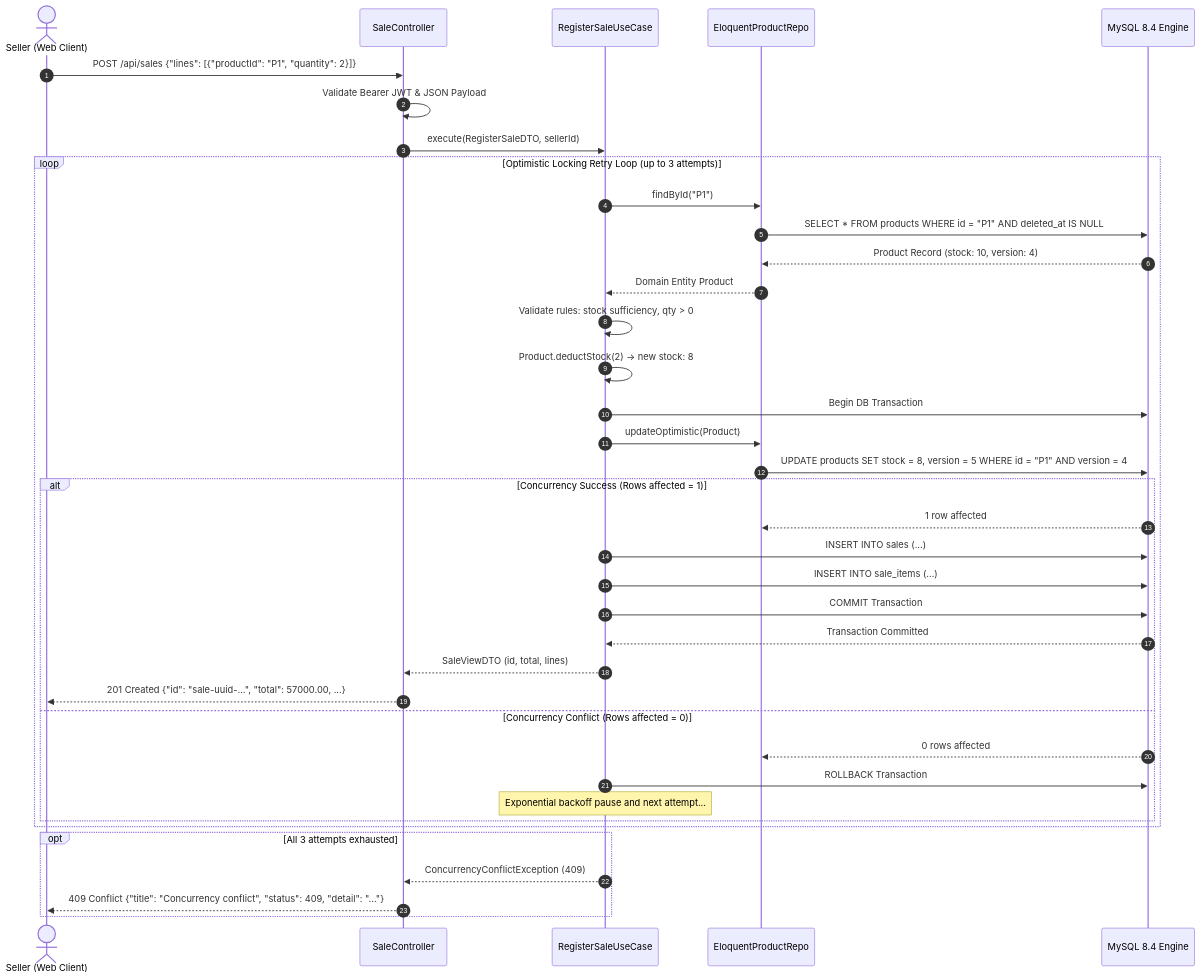
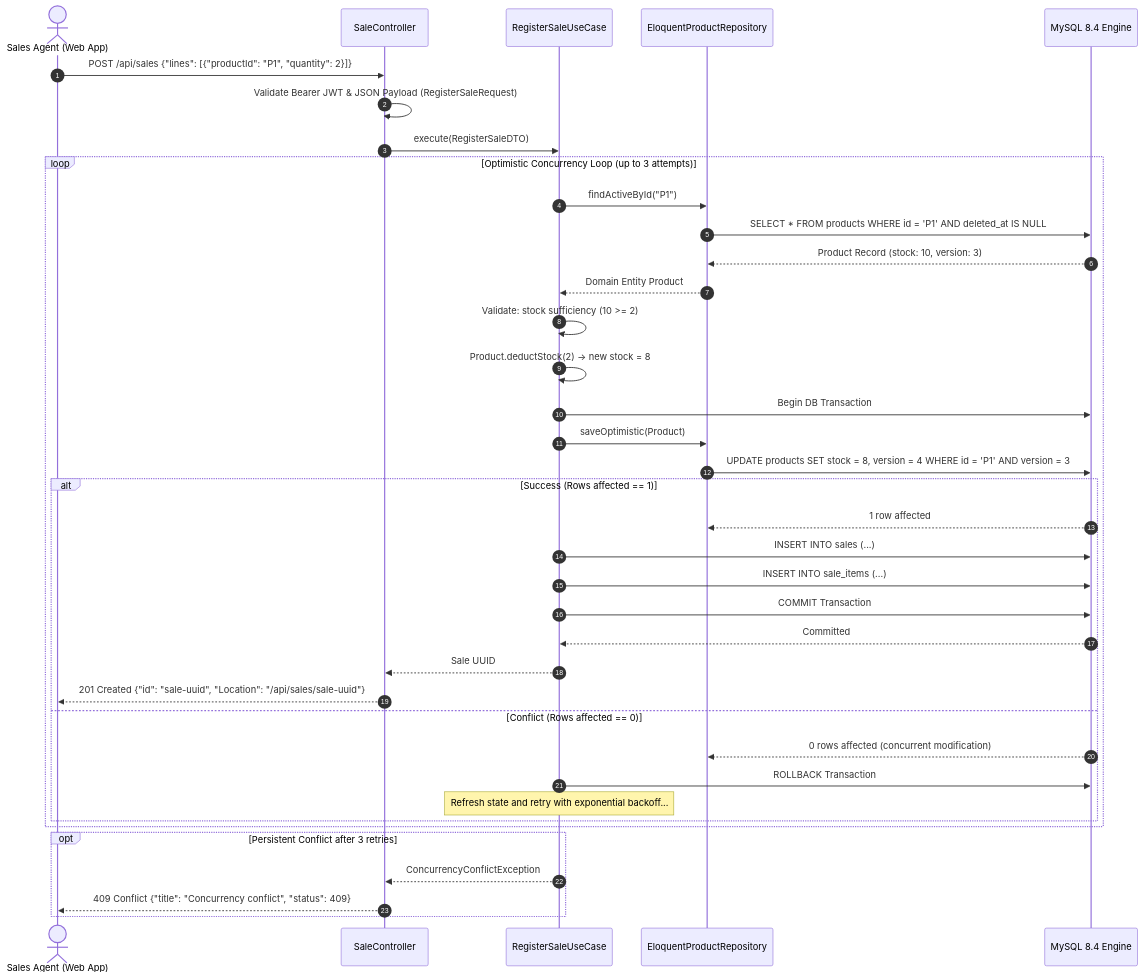
One commit to Kevin81A/test-simple-stock-flow changed the third of 3 diagrams in TECHNICAL-DELIVERY.md. Above: the diagram before and after it, drawn with Mermaid. The commit also changed other lines of this file and 9 other files, not shown here.

````diff
--- a/TECHNICAL-DELIVERY.md
+++ b/TECHNICAL-DELIVERY.md
@@ -142,46 +223,46 @@
 ```mermaid
 sequenceDiagram
     autonumber
-    actor Seller as Seller (Web Client)
+    actor Seller as Sales Agent (Web App)
     participant API as SaleController
     participant UC as RegisterSaleUseCase
-    participant Repo as EloquentProductRepo
+    participant Repo as EloquentProductRepository
     participant DB as MySQL 8.4 Engine
 
     Seller->>API: POST /api/sales {"lines": [{"productId": "P1", "quantity": 2}]}
-    API->>API: Validate Bearer JWT & JSON Payload
-    API->>UC: execute(RegisterSaleDTO, sellerId)
+    API->>API: Validate Bearer JWT & JSON Payload (RegisterSaleRequest)
+    API->>UC: execute(RegisterSaleDTO)
 
-    loop Optimistic Locking Retry Loop (up to 3 attempts)
-        UC->>Repo: findById("P1")
-        Repo->>DB: SELECT * FROM products WHERE id = "P1" AND deleted_at IS NULL
-        DB-->>Repo: Product Record (stock: 10, version: 4)
+    loop Optimistic Concurrency Loop (up to 3 attempts)
+        UC->>Repo: findActiveById("P1")
+        Repo->>DB: SELECT * FROM products WHERE id = 'P1' AND deleted_at IS NULL
+        DB-->>Repo: Product Record (stock: 10, version: 3)
         Repo-->>UC: Domain Entity Product
         
-        UC->>UC: Validate rules: stock sufficiency, qty > 0
-        UC->>UC: Product.deductStock(2) -> new stock: 8
+        UC->>UC: Validate: stock sufficiency (10 >= 2)
+        UC->>UC: Product.deductStock(2) -> new stock = 8
         
         UC->>DB: Begin DB Transaction
-        UC->>Repo: updateOptimistic(Product)
-        Repo->>DB: UPDATE products SET stock = 8, version = 5 WHERE id = "P1" AND version = 4
+        UC->>Repo: saveOptimistic(Product)
+        Repo->>DB: UPDATE products SET stock = 8, version = 4 WHERE id = 'P1' AND version = 3
         
-        alt Concurrency Success (Rows affected = 1)
+        alt Success (Rows affected == 1)
             DB-->>Repo: 1 row affected
             UC->>DB: INSERT INTO sales (...)
             UC->>DB: INSERT INTO sale_items (...)
             UC->>DB: COMMIT Transaction
-            DB-->>UC: Transaction Committed
-            UC-->>API: SaleViewDTO (id, total, lines)
-            API-->>Seller: 201 Created {"id": "sale-uuid-...", "total": 57000.00, ...}
-        else Concurrency Conflict (Rows affected = 0)
-            DB-->>Repo: 0 rows affected
+            DB-->>UC: Committed
+            UC-->>API: Sale UUID
+            API-->>Seller: 201 Created {"id": "sale-uuid", "Location": "/api/sales/sale-uuid"}
+        else Conflict (Rows affected == 0)
+            DB-->>Repo: 0 rows affected (concurrent modification)
             UC->>DB: ROLLBACK Transaction
-            Note over UC: Exponential backoff pause and next attempt...
+            Note over UC: Refresh state and retry with exponential backoff...
         end
     end
 
-    opt All 3 attempts exhausted
-        UC-->>API: ConcurrencyConflictException (409)
-        API-->>Seller: 409 Conflict {"title": "Concurrency conflict", "status": 409, "detail": "..."}
+    opt Persistent Conflict after 3 retries
+        UC-->>API: ConcurrencyConflictException
+        API-->>Seller: 409 Conflict {"title": "Concurrency conflict", "status": 409}
     end
 ```
````
